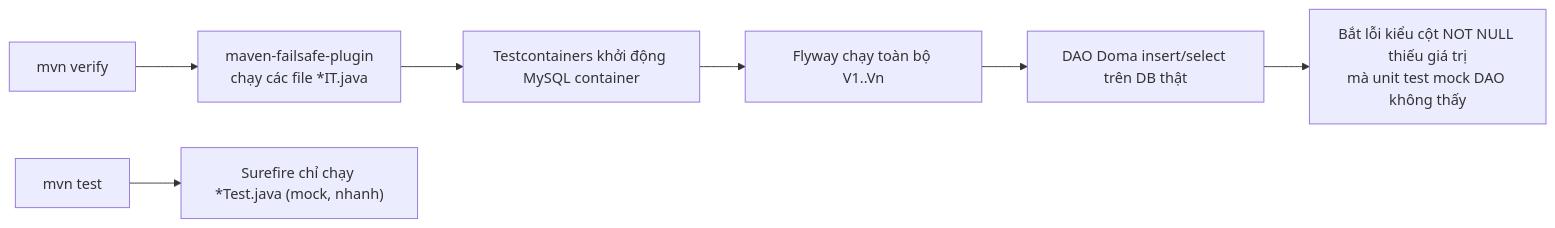
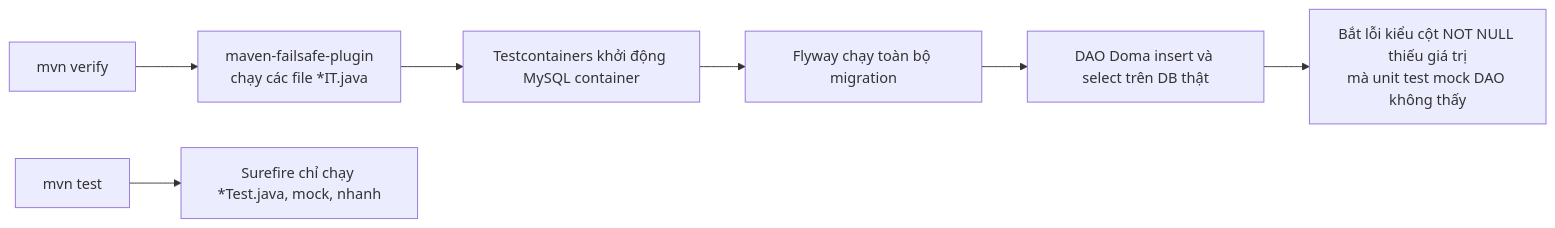
One commit to boyquynhluu/family-expense-manager changed diagram 18 of 33 in README.md. Above: the diagram before and after it, drawn with Mermaid. The commit also changed other lines of this file and 1 other file, not shown here.

````diff
--- a/README.md
+++ b/README.md
@@ -651,9 +595,9 @@
 ```mermaid
 flowchart LR
     A["mvn verify"] --> B["maven-failsafe-plugin<br/>chạy các file *IT.java"]
     B --> C["Testcontainers khởi động MySQL container"]
-    C --> D["Flyway chạy toàn bộ V1..Vn"]
-    D --> E["DAO Doma insert/select trên DB thật"]
+    C --> D["Flyway chạy toàn bộ migration"]
+    D --> E["DAO Doma insert và select trên DB thật"]
     E --> F["Bắt lỗi kiểu cột NOT NULL thiếu giá trị<br/>mà unit test mock DAO không thấy"]
-    G["mvn test"] --> H["Surefire chỉ chạy *Test.java (mock, nhanh)"]
+    G["mvn test"] --> H["Surefire chỉ chạy *Test.java, mock, nhanh"]
 ```
````
